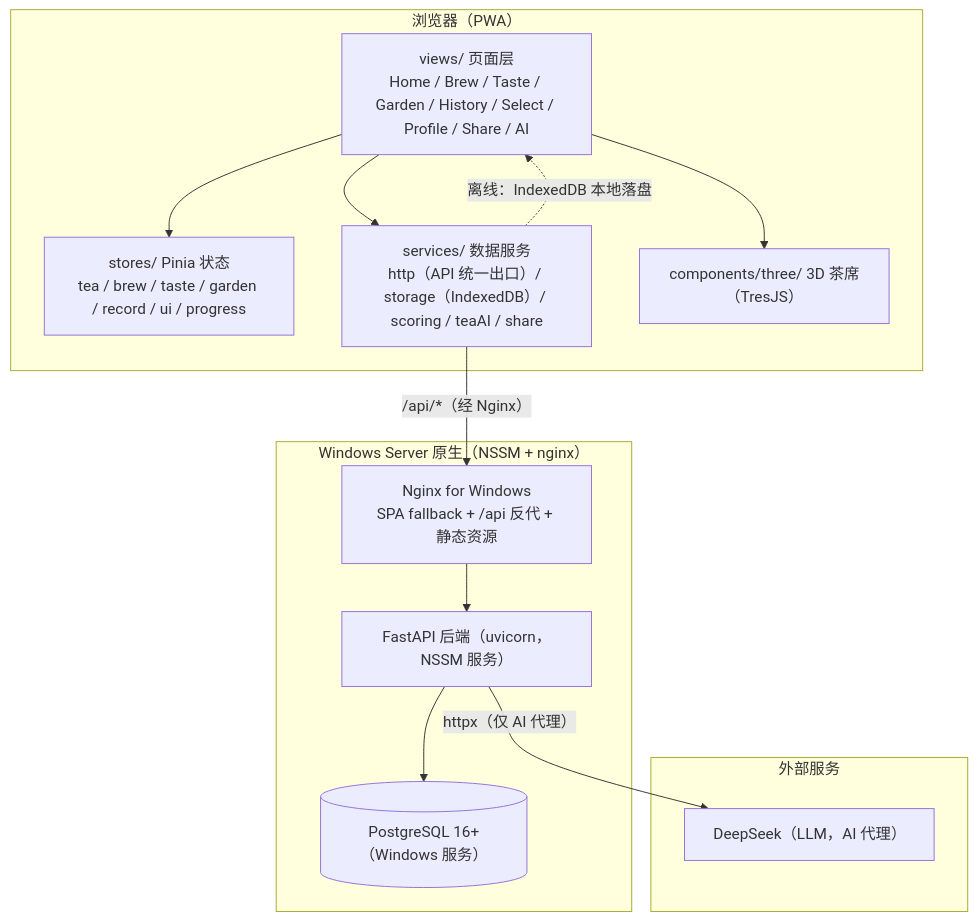
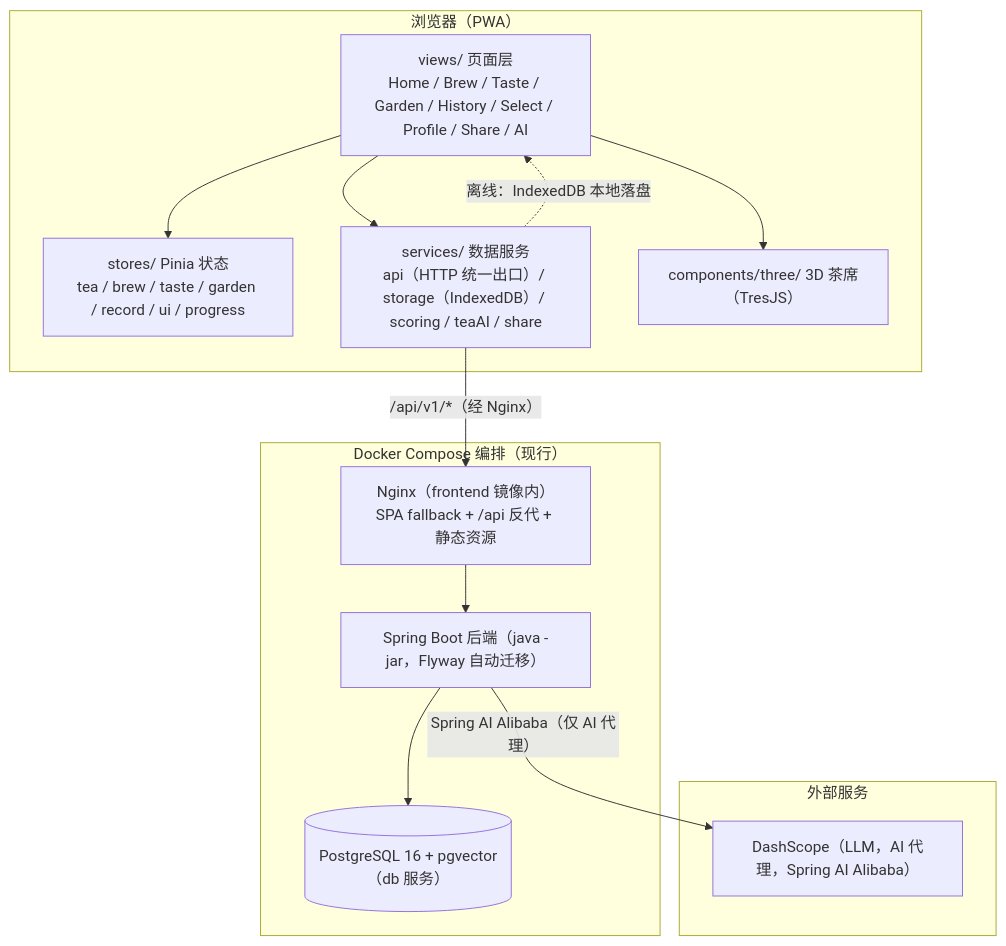
One commit to qiuqianyi66/tea-ceremony changed the first of 4 diagrams in docs/architecture/system-overview.md. Above: the diagram before and after it, drawn with Mermaid. The commit also changed other lines of this file and 5 other files, not shown here.

````diff
--- a/docs/architecture/system-overview.md
+++ b/docs/architecture/system-overview.md
@@ -14,28 +14,28 @@
 ```mermaid
 flowchart TB
     subgraph client["浏览器（PWA）"]
         views["views/ 页面层<br/>Home / Brew / Taste / Garden / History / Select / Profile / Share / AI"]
         stores["stores/ Pinia 状态<br/>tea / brew / taste / garden / record / ui / progress"]
-        services["services/ 数据服务<br/>http（API 统一出口）/ storage（IndexedDB）/ scoring / teaAI / share"]
+        services["services/ 数据服务<br/>api（HTTP 统一出口）/ storage（IndexedDB）/ scoring / teaAI / share"]
         three["components/three/ 3D 茶席（TresJS）"]
         views --> stores
         views --> services
         views --> three
     end
 
-    subgraph server["Windows Server 原生（NSSM + nginx）"]
-        nginx["Nginx for Windows<br/>SPA fallback + /api 反代 + 静态资源"]
-        api["FastAPI 后端（uvicorn，NSSM 服务）"]
-        pg[("PostgreSQL 16+（Windows 服务）")]
+    subgraph server["Docker Compose 编排（现行）"]
+        nginx["Nginx（frontend 镜像内）<br/>SPA fallback + /api 反代 + 静态资源"]
+        api["Spring Boot 后端（java -jar，Flyway 自动迁移）"]
+        db[("PostgreSQL 16 + pgvector（db 服务）")]
         nginx --> api
-        api --> pg
+        api --> db
     end
 
     subgraph external["外部服务"]
-        llm["DeepSeek（LLM，AI 代理）"]
+        llm["DashScope（LLM，AI 代理，Spring AI Alibaba）"]
     end
 
-    services -- "/api/*（经 Nginx）" --> nginx
+    services -- "/api/v1/*（经 Nginx）" --> nginx
     services -. "离线：IndexedDB 本地落盘" .-> views
-    api -- "httpx（仅 AI 代理）" --> llm
+    api -- "Spring AI Alibaba（仅 AI 代理）" --> llm
 ```
````
